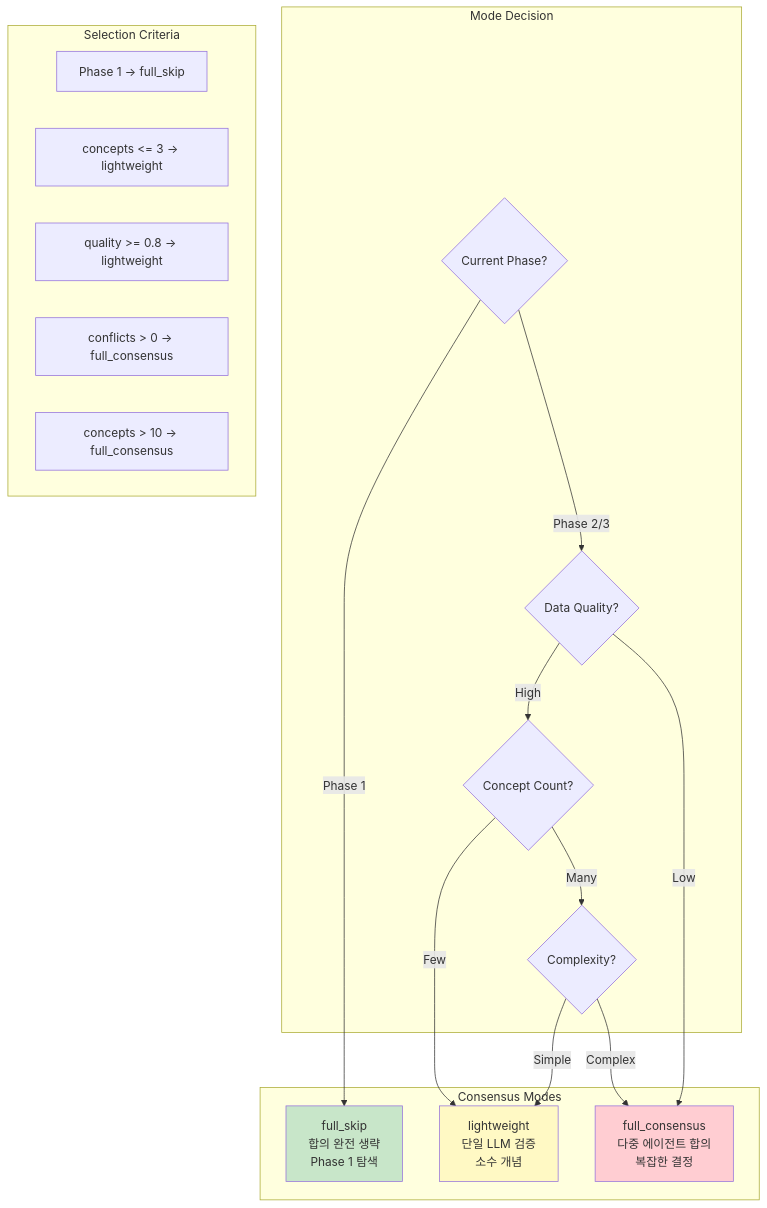
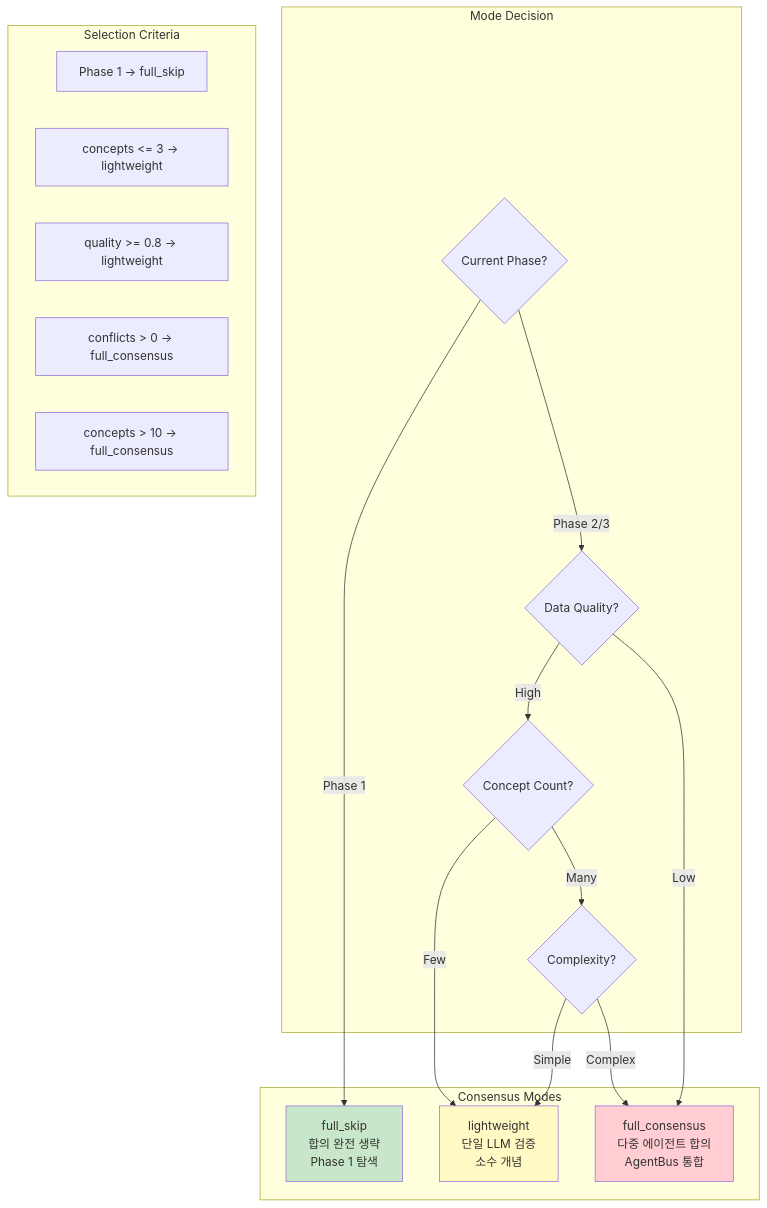
The fourth of 11 diagrams in docs/diagrams/04-consensus-engine.md (sabill123/ontology), drawn with Mermaid before and after one commit. The commit also changed other lines of this file and 176 other files, not shown here.

````diff
--- a/docs/diagrams/04-consensus-engine.md
+++ b/docs/diagrams/04-consensus-engine.md
@@ -159,36 +179,36 @@
 ```mermaid
 flowchart TB
     subgraph CHECK["Mode Decision"]
         C1{Current Phase?}
         C2{Data Quality?}
         C3{Concept Count?}
         C4{Complexity?}
     end
 
     subgraph MODES["Consensus Modes"]
         M1["full_skip<br/>합의 완전 생략<br/>Phase 1 탐색"]
         M2["lightweight<br/>단일 LLM 검증<br/>소수 개념"]
-        M3["full_consensus<br/>다중 에이전트 합의<br/>복잡한 결정"]
+        M3["full_consensus<br/>다중 에이전트 합의<br/>AgentBus 통합"]
     end
 
     subgraph CRITERIA["Selection Criteria"]
         CR1["Phase 1 → full_skip"]
         CR2["concepts <= 3 → lightweight"]
         CR3["quality >= 0.8 → lightweight"]
         CR4["conflicts > 0 → full_consensus"]
         CR5["concepts > 10 → full_consensus"]
     end
 
     C1 -->|Phase 1| M1
     C1 -->|Phase 2/3| C2
     C2 -->|High| C3
     C2 -->|Low| M3
     C3 -->|Few| M2
     C3 -->|Many| C4
     C4 -->|Simple| M2
     C4 -->|Complex| M3
 
     style M1 fill:#c8e6c9
     style M2 fill:#fff9c4
     style M3 fill:#ffcdd2
 ```
````
